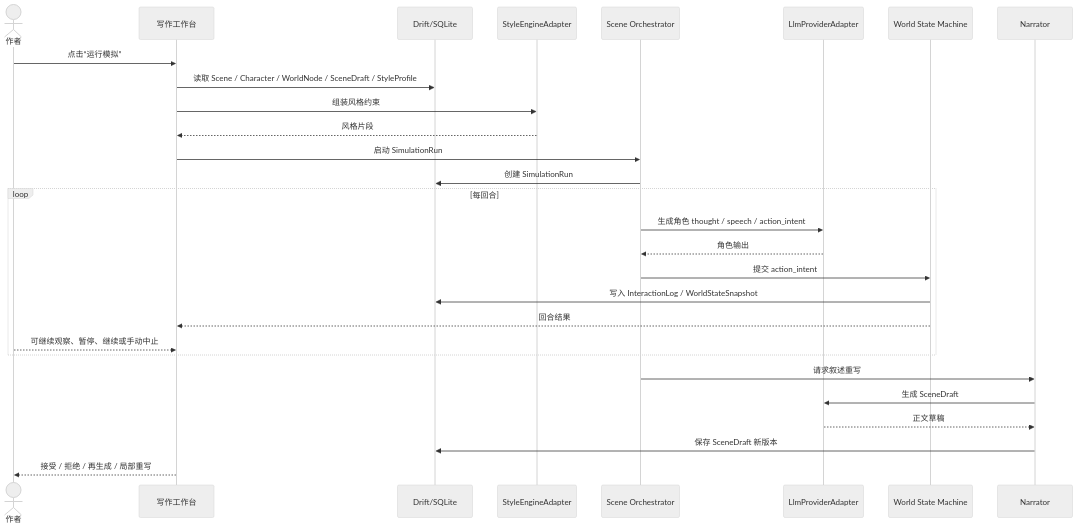
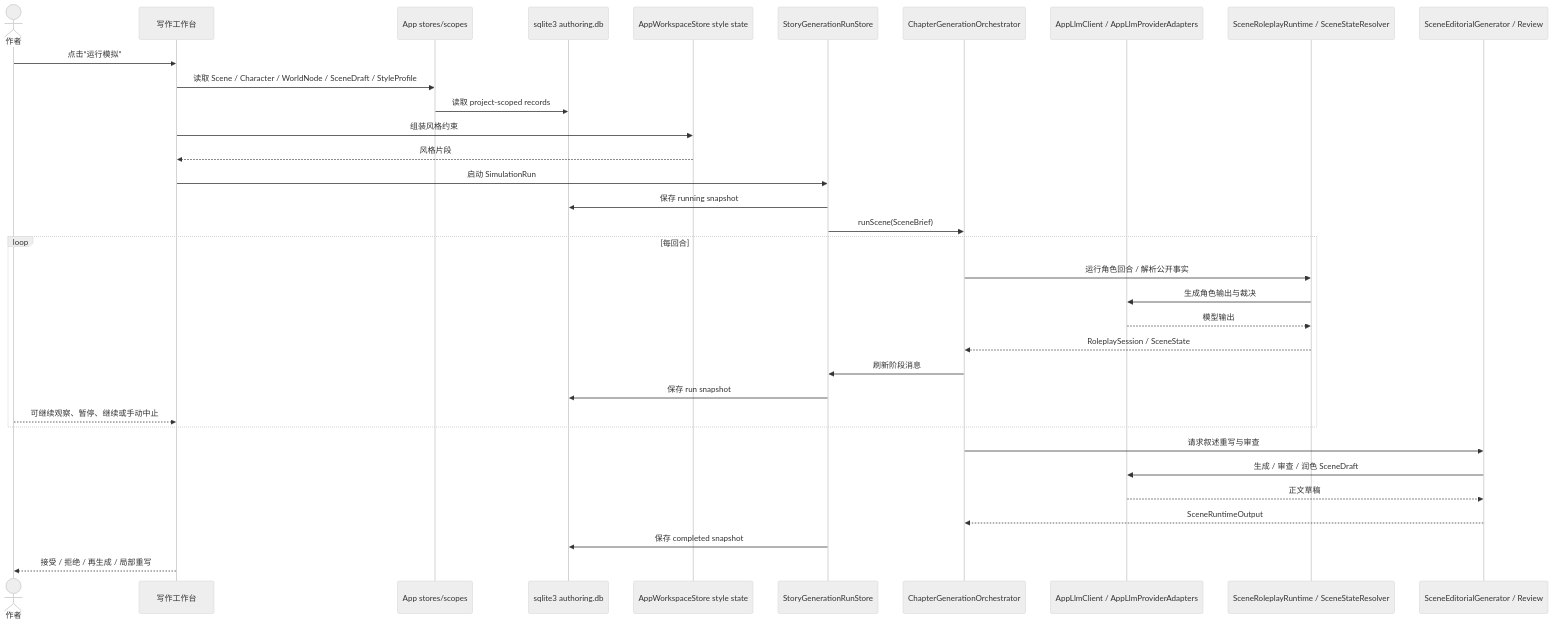
One commit to changw98ic/n0vel changed the second of 3 diagrams in docs/mvp/mvp-core-flows.md. Above: the diagram before and after it, drawn with Mermaid (neutral theme). The commit also changed other lines of this file and 17 other files, not shown here.

Commit message:
Update MVP docs for current app service architecture

````diff
--- a/docs/mvp/mvp-core-flows.md
+++ b/docs/mvp/mvp-core-flows.md
@@ -208,31 +208,37 @@
 ```mermaid
 sequenceDiagram
     actor Author as 作者
     participant Workbench as 写作工作台
-    participant SQLite as Drift/SQLite
-    participant Style as StyleEngineAdapter
-    participant Orchestrator as Scene Orchestrator
-    participant Llm as LlmProviderAdapter
-    participant FSM as World State Machine
-    participant Narrator as Narrator
+    participant Stores as App stores/scopes
+    participant SQLite as sqlite3 authoring.db
+    participant Style as AppWorkspaceStore style state
+    participant RunStore as StoryGenerationRunStore
+    participant Orchestrator as ChapterGenerationOrchestrator
+    participant Llm as AppLlmClient / AppLlmProviderAdapters
+    participant Runtime as SceneRoleplayRuntime / SceneStateResolver
+    participant Editorial as SceneEditorialGenerator / Review
 
     Author->>Workbench: 点击“运行模拟”
-    Workbench->>SQLite: 读取 Scene / Character / WorldNode / SceneDraft / StyleProfile
+    Workbench->>Stores: 读取 Scene / Character / WorldNode / SceneDraft / StyleProfile
+    Stores->>SQLite: 读取 project-scoped records
     Workbench->>Style: 组装风格约束
     Style-->>Workbench: 风格片段
-    Workbench->>Orchestrator: 启动 SimulationRun
-    Orchestrator->>SQLite: 创建 SimulationRun
+    Workbench->>RunStore: 启动 SimulationRun
+    RunStore->>SQLite: 保存 running snapshot
+    RunStore->>Orchestrator: runScene(SceneBrief)
     loop 每回合
-        Orchestrator->>Llm: 生成角色 thought / speech / action_intent
-        Llm-->>Orchestrator: 角色输出
-        Orchestrator->>FSM: 提交 action_intent
-        FSM->>SQLite: 写入 InteractionLog / WorldStateSnapshot
-        FSM-->>Workbench: 回合结果
+        Orchestrator->>Runtime: 运行角色回合 / 解析公开事实
+        Runtime->>Llm: 生成角色输出与裁决
+        Llm-->>Runtime: 模型输出
+        Runtime-->>Orchestrator: RoleplaySession / SceneState
+        Orchestrator->>RunStore: 刷新阶段消息
+        RunStore->>SQLite: 保存 run snapshot
         Author-->>Workbench: 可继续观察、暂停、继续或手动中止
     end
-    Orchestrator->>Narrator: 请求叙述重写
-    Narrator->>Llm: 生成 SceneDraft
-    Llm-->>Narrator: 正文草稿
-    Narrator->>SQLite: 保存 SceneDraft 新版本
+    Orchestrator->>Editorial: 请求叙述重写与审查
+    Editorial->>Llm: 生成 / 审查 / 润色 SceneDraft
+    Llm-->>Editorial: 正文草稿
+    Editorial-->>Orchestrator: SceneRuntimeOutput
+    RunStore->>SQLite: 保存 completed snapshot
     Workbench-->>Author: 接受 / 拒绝 / 再生成 / 局部重写
 ```
````
